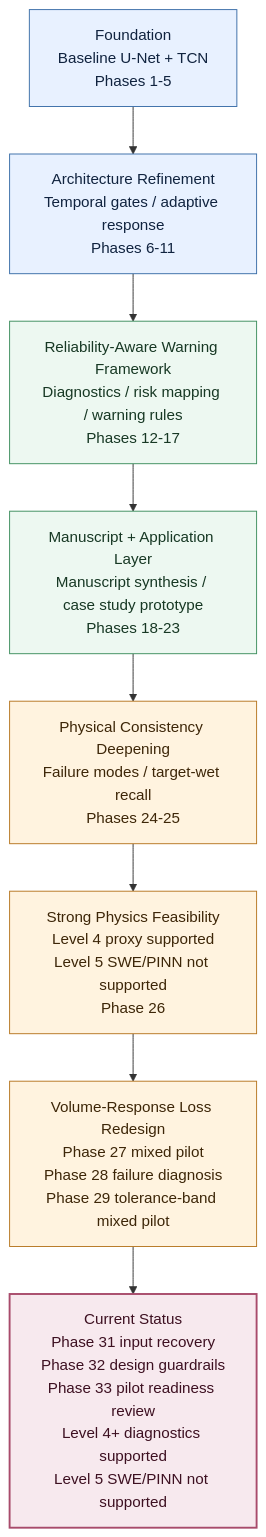
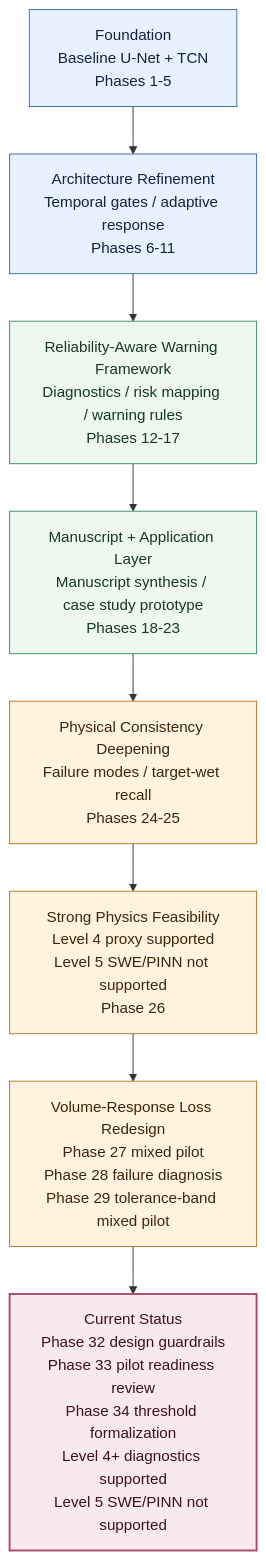
The second of 3 diagrams in README.md (HolyLin990604/physics-guided-urban-flood-prediction), drawn with Mermaid before and after one commit. The commit also changed other lines of this file and 2 other files, not shown here.

Commit message:
docs: sync phase34 pilot threshold status

````diff
--- a/README.md
+++ b/README.md
@@ -28,18 +28,18 @@
 ```mermaid
 flowchart TB
     A["Foundation<br/>Baseline U-Net + TCN<br/>Phases 1-5"]:::foundation
     B["Architecture Refinement<br/>Temporal gates / adaptive response<br/>Phases 6-11"]:::foundation
     C["Reliability-Aware Warning Framework<br/>Diagnostics / risk mapping / warning rules<br/>Phases 12-17"]:::reliability
     D["Manuscript + Application Layer<br/>Manuscript synthesis / case study prototype<br/>Phases 18-23"]:::reliability
     E["Physical Consistency Deepening<br/>Failure modes / target-wet recall<br/>Phases 24-25"]:::physics
     F["Strong Physics Feasibility<br/>Level 4 proxy supported<br/>Level 5 SWE/PINN not supported<br/>Phase 26"]:::physics
     G["Volume-Response Loss Redesign<br/>Phase 27 mixed pilot<br/>Phase 28 failure diagnosis<br/>Phase 29 tolerance-band mixed pilot"]:::physics
-    H["Current Status<br/>Phase 31 input recovery<br/>Phase 32 design guardrails<br/>Phase 33 pilot readiness review<br/>Level 4+ diagnostics supported<br/>Level 5 SWE/PINN not supported"]:::current
+    H["Current Status<br/>Phase 32 design guardrails<br/>Phase 33 pilot readiness review<br/>Phase 34 threshold formalization<br/>Level 4+ diagnostics supported<br/>Level 5 SWE/PINN not supported"]:::current
 
     A --> B --> C --> D --> E --> F --> G --> H
 
     classDef foundation fill:#e8f1ff,stroke:#3b6ea8,stroke-width:1px,color:#10233f
     classDef reliability fill:#edf8f1,stroke:#3f8f5f,stroke-width:1px,color:#173824
     classDef physics fill:#fff3df,stroke:#b77722,stroke-width:1px,color:#3d2608
     classDef current fill:#f7e9ee,stroke:#a84b6b,stroke-width:2px,color:#3d1021
 ```
````
